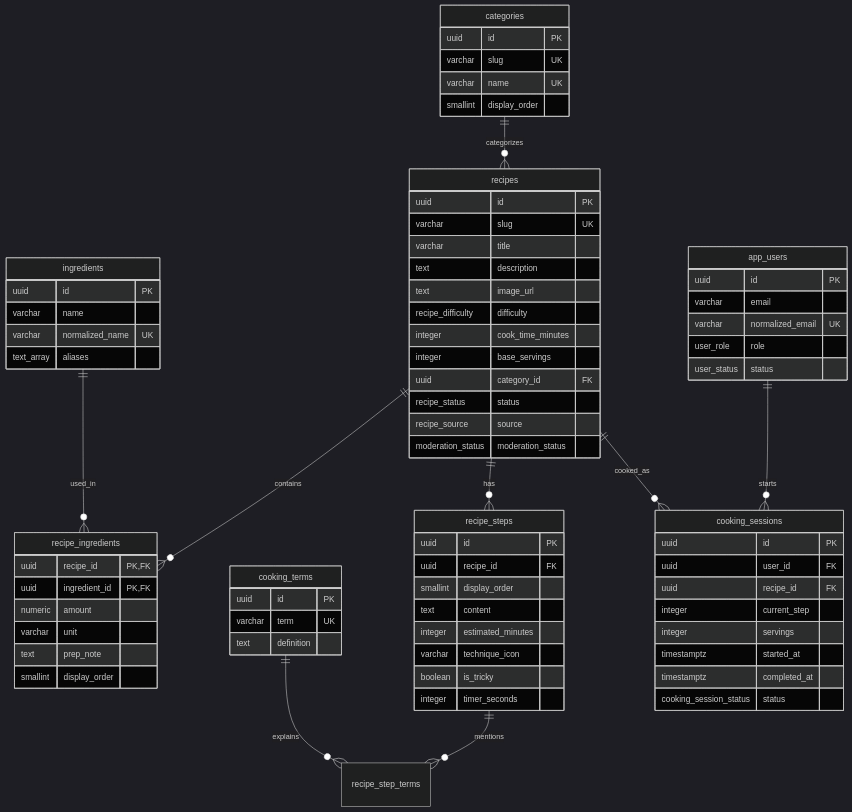
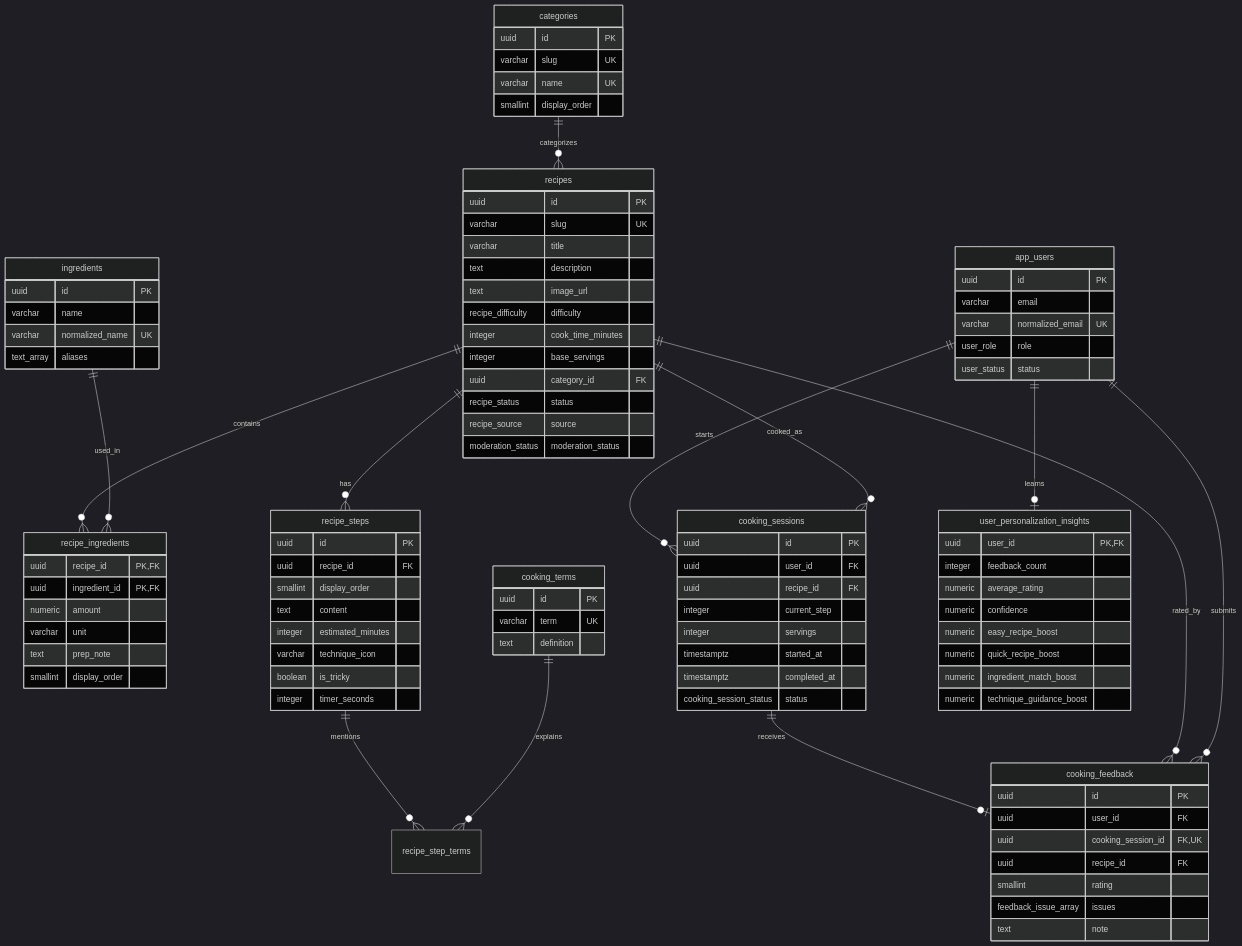
The diagram in docs/ERD.md (dangvibaominh-hub/be-an-gi-gio), drawn with Mermaid (dark theme) before and after one commit. The commit also changed 20 other files, not shown here.

````diff
--- a/docs/ERD.md
+++ b/docs/ERD.md
@@ -10,6 +10,10 @@
   cooking_terms ||--o{ recipe_step_terms : explains
   app_users ||--o{ cooking_sessions : starts
   recipes ||--o{ cooking_sessions : cooked_as
+  cooking_sessions ||--o| cooking_feedback : receives
+  recipes ||--o{ cooking_feedback : rated_by
+  app_users ||--o{ cooking_feedback : submits
+  app_users ||--o| user_personalization_insights : learns
 
   categories {
     uuid id PK
@@ -84,4 +88,25 @@
     timestamptz completed_at
     cooking_session_status status
   }
+
+  cooking_feedback {
+    uuid id PK
+    uuid user_id FK
+    uuid cooking_session_id FK,UK
+    uuid recipe_id FK
+    smallint rating
+    feedback_issue_array issues
+    text note
+  }
+
+  user_personalization_insights {
+    uuid user_id PK,FK
+    integer feedback_count
+    numeric average_rating
+    numeric confidence
+    numeric easy_recipe_boost
+    numeric quick_recipe_boost
+    numeric ingredient_match_boost
+    numeric technique_guidance_boost
+  }
 ```
````
